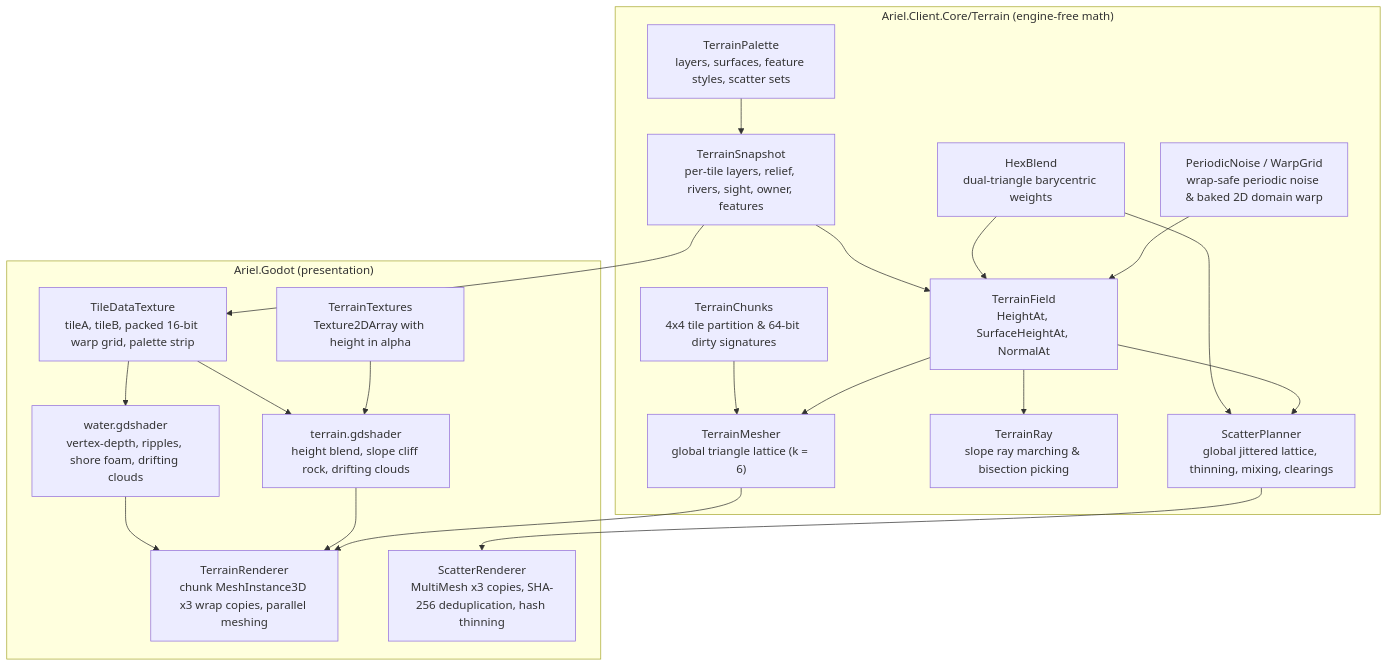
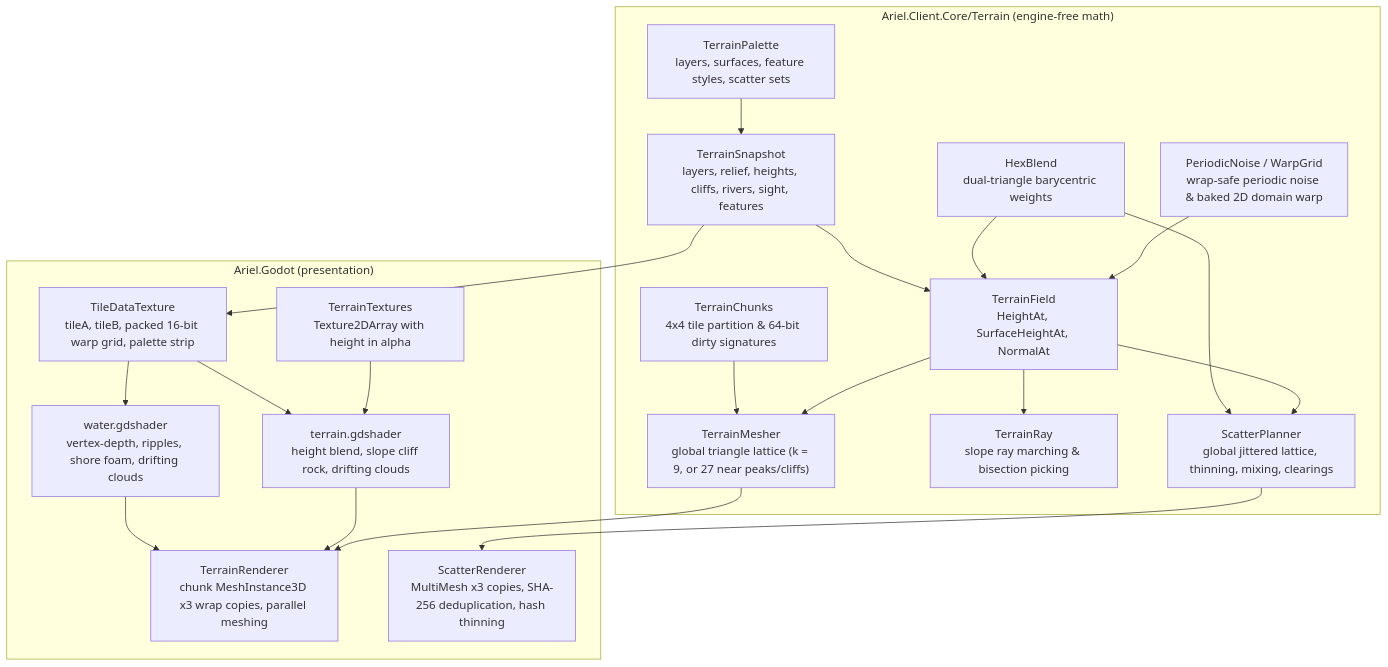
The diagram in docs/DESIGN.md (draxxris/civ), drawn with Mermaid before and after one commit. The commit also changed other lines of this file and 11 other files, not shown here.

````diff
--- a/docs/DESIGN.md
+++ b/docs/DESIGN.md
@@ -1482,39 +1536,39 @@
 ```mermaid
 flowchart TB
     subgraph Core["Ariel.Client.Core/Terrain (engine-free math)"]
         Noise["PeriodicNoise / WarpGrid<br/>wrap-safe periodic noise & baked 2D domain warp"]
         Blend["HexBlend<br/>dual-triangle barycentric weights"]
-        Snap["TerrainSnapshot<br/>per-tile layers, relief, rivers, sight, owner, features"]
+        Snap["TerrainSnapshot<br/>layers, relief, heights, cliffs, rivers, sight, features"]
         Field["TerrainField<br/>HeightAt, SurfaceHeightAt, NormalAt"]
         Chunks["TerrainChunks<br/>4x4 tile partition & 64-bit dirty signatures"]
-        Mesher["TerrainMesher<br/>global triangle lattice (k = 6)"]
+        Mesher["TerrainMesher<br/>global triangle lattice (k = 9, or 27 near peaks/cliffs)"]
         Ray["TerrainRay<br/>slope ray marching & bisection picking"]
         Palette["TerrainPalette<br/>layers, surfaces, feature styles, scatter sets"]
         Planner["ScatterPlanner<br/>global jittered lattice, thinning, mixing, clearings"]
     end
     subgraph View["Ariel.Godot (presentation)"]
         TR["TerrainRenderer<br/>chunk MeshInstance3D x3 wrap copies, parallel meshing"]
         TDT["TileDataTexture<br/>tileA, tileB, packed 16-bit warp grid, palette strip"]
         TT["TerrainTextures<br/>Texture2DArray with height in alpha"]
         TS["terrain.gdshader<br/>height blend, slope cliff rock, drifting clouds"]
         WS["water.gdshader<br/>vertex-depth, ripples, shore foam, drifting clouds"]
         SR["ScatterRenderer<br/>MultiMesh x3 copies, SHA-256 deduplication, hash thinning"]
     end
     Palette --> Snap
     Noise --> Field
     Blend --> Field
     Snap --> Field
     Field --> Mesher
     Chunks --> Mesher
     Field --> Ray
     Field --> Planner
     Blend --> Planner
     Snap --> TDT
     Mesher --> TR
     TT --> TS
     TDT --> TS
     TDT --> WS
     TS --> TR
     WS --> TR
     Planner --> SR
 ```
````
